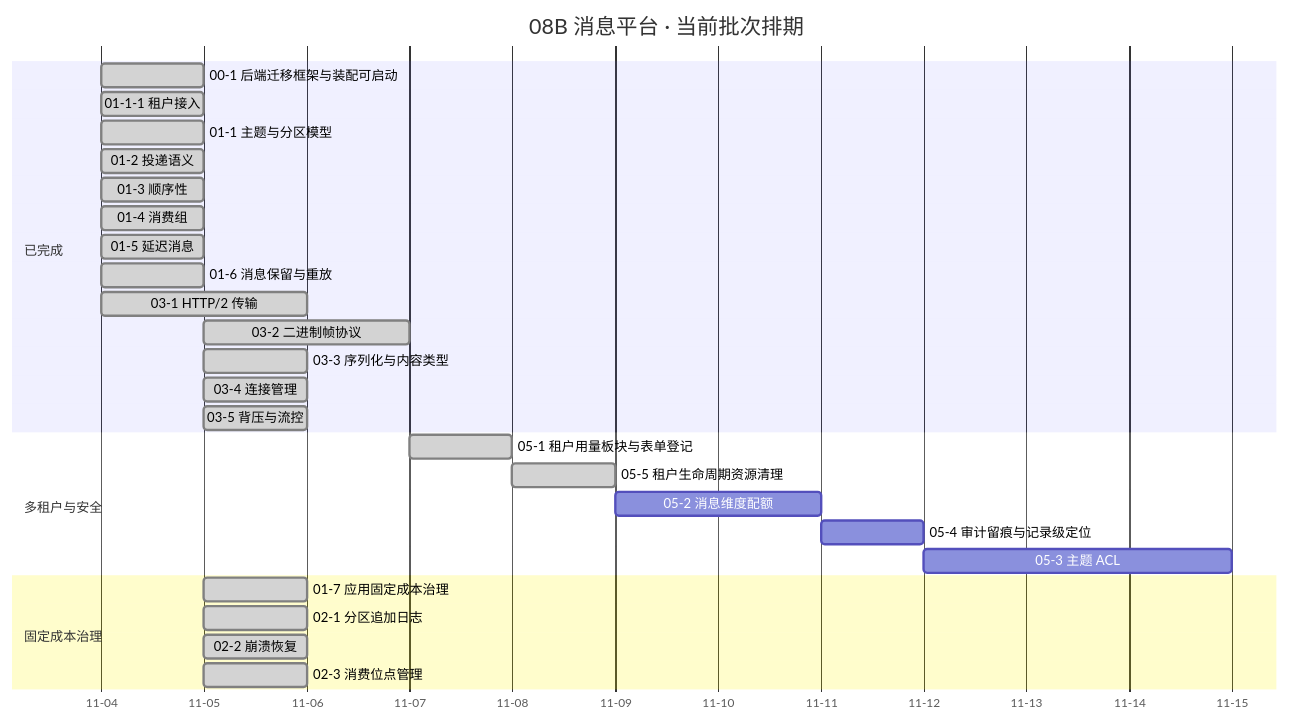
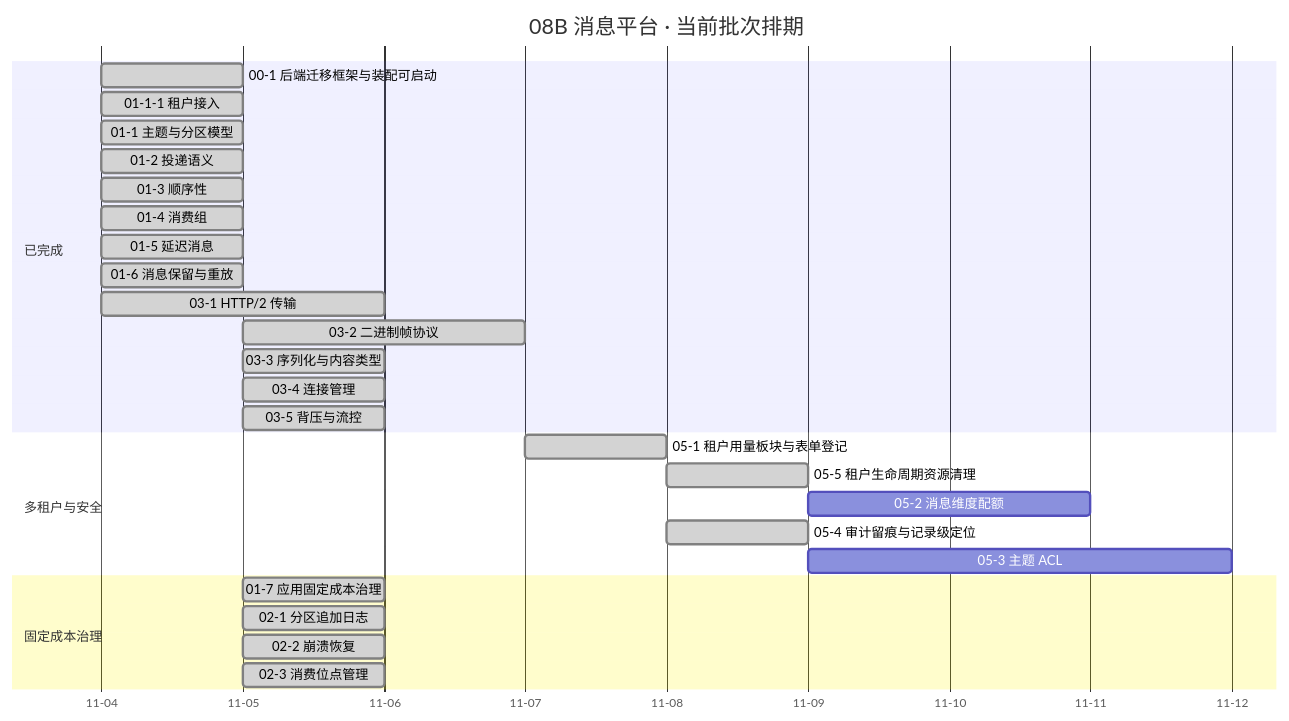
One commit to minjian123/message-platform changed the diagram in msg文档/项目/08B_消息平台/计划/01_计划_消息平台.md. Above: the diagram before and after it, drawn with Mermaid. The commit also changed other lines of this file and 5 other files, not shown here.

````diff
--- a/msg文档/项目/08B_消息平台/计划/01_计划_消息平台.md
+++ b/msg文档/项目/08B_消息平台/计划/01_计划_消息平台.md
@@ -81,32 +81,32 @@
 ```mermaid
 gantt
     title 08B 消息平台 · 当前批次排期
     %% 任务域 02：02-7 已交付（2026-11-05）、02-4/02-5 搁置（待 8B_05）；任务域 04：04-1 ~ 04-7 全部已交付不入甘特
     dateFormat YYYY-MM-DD
     axisFormat %m-%d
     section 已完成
     00-1 后端迁移框架与装配可启动 :done, d001, 2026-11-04, 1d
     01-1-1 租户接入 :done, d0111, 2026-11-04, 1d
     01-1 主题与分区模型 :done, t011, 2026-11-04, 1d
     01-2 投递语义 :done, t012, 2026-11-04, 1d
     01-3 顺序性 :done, t013, 2026-11-04, 1d
     01-4 消费组 :done, t014, 2026-11-04, 1d
     01-5 延迟消息 :done, t015, 2026-11-04, 1d
     01-6 消息保留与重放 :done, t016, 2026-11-04, 1d
     03-1 HTTP/2 传输 :done, t031, 2026-11-04, 2d
     03-2 二进制帧协议 :done, t032, 2026-11-05, 2d
     03-3 序列化与内容类型 :done, t033, 2026-11-05, 1d
     03-4 连接管理 :done, t034, 2026-11-05, 1d
     03-5 背压与流控 :done, t035, 2026-11-05, 1d
     section 多租户与安全
     05-1 租户用量板块与表单登记 :done, t051, 2026-11-07, 1d
     05-5 租户生命周期资源清理 :done, t055, 2026-11-08, 1d
     05-2 消息维度配额 :t052, after t055, 2d
-    05-4 审计留痕与记录级定位 :t054, after t052, 1d
+    05-4 审计留痕与记录级定位 :done, t054, 2026-11-08, 1d
     05-3 主题 ACL :t053, after t054, 3d
     section 固定成本治理
     01-7 应用固定成本治理 :done, t017, 2026-11-05, 1d
     02-1 分区追加日志 :done, t021, 2026-11-05, 1d
     02-2 崩溃恢复 :done, t022, 2026-11-05, 1d
     02-3 消费位点管理 :done, t023, 2026-11-05, 1d
 ```
````
